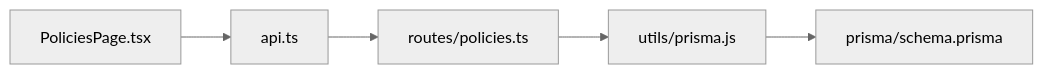
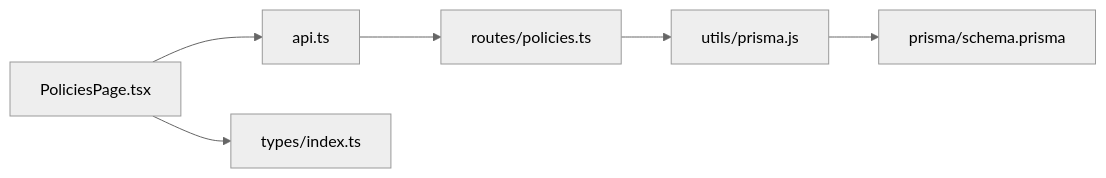
One commit to NaveenHiranya/Smart-Vehicle-Insurance-Claim-System changed the seventh of 7 diagrams in .qoder/repowiki/en/content/Frontend Documentation/Pages and Views/User Pages/Policy Management Page.md. Above: the diagram before and after it, drawn with Mermaid (neutral theme). The commit also changed other lines of this file and 21 other files, not shown here.

````diff
--- a/.qoder/repowiki/en/content/Frontend Documentation/Pages and Views/User Pages/Policy Management Page.md
+++ b/.qoder/repowiki/en/content/Frontend Documentation/Pages and Views/User Pages/Policy Management Page.md
@@ -327,7 +393,8 @@
 ```mermaid
 graph LR
 PP["PoliciesPage.tsx"] --> API["api.ts"]
 API --> PRT["routes/policies.ts"]
 PRT --> PRISMA["utils/prisma.js"]
 PRISMA --> SCHEMA["prisma/schema.prisma"]
+PP --> TYPES["types/index.ts"]
 ```
````
